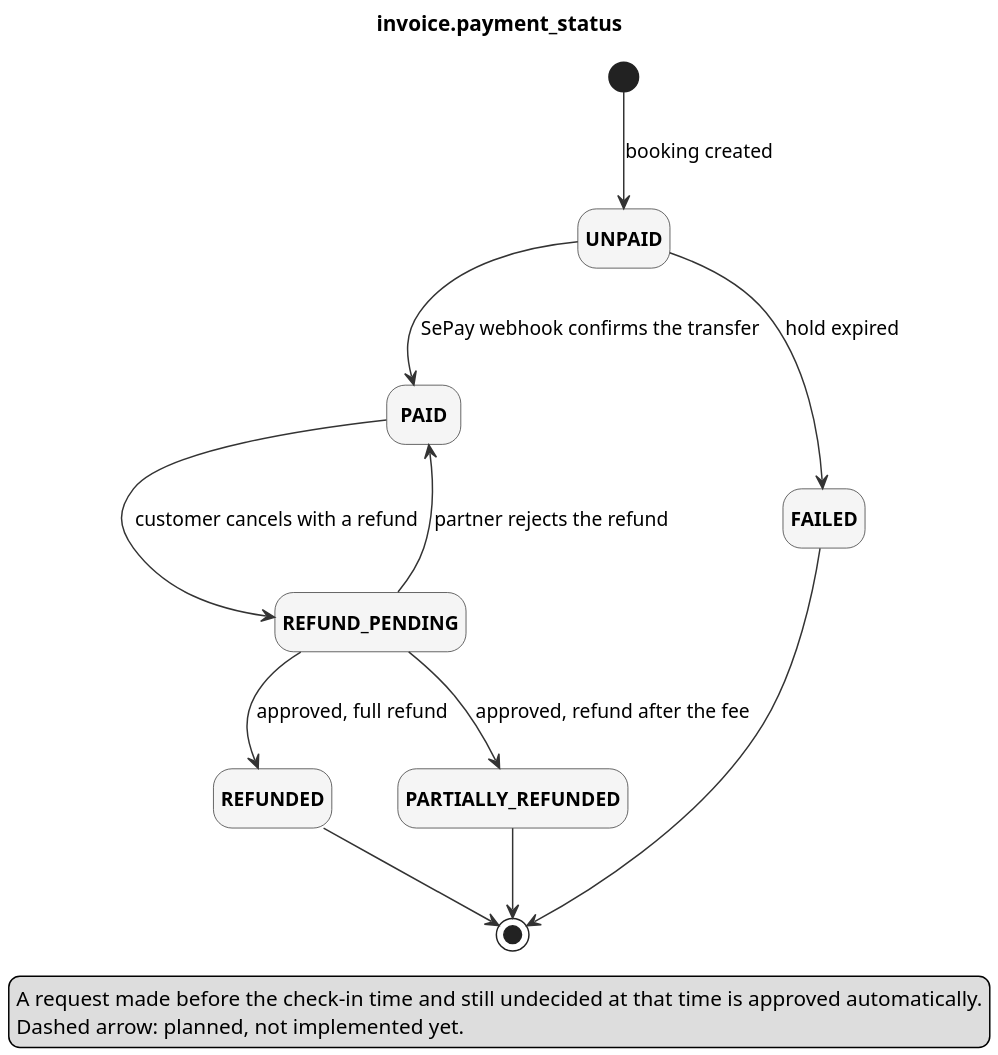
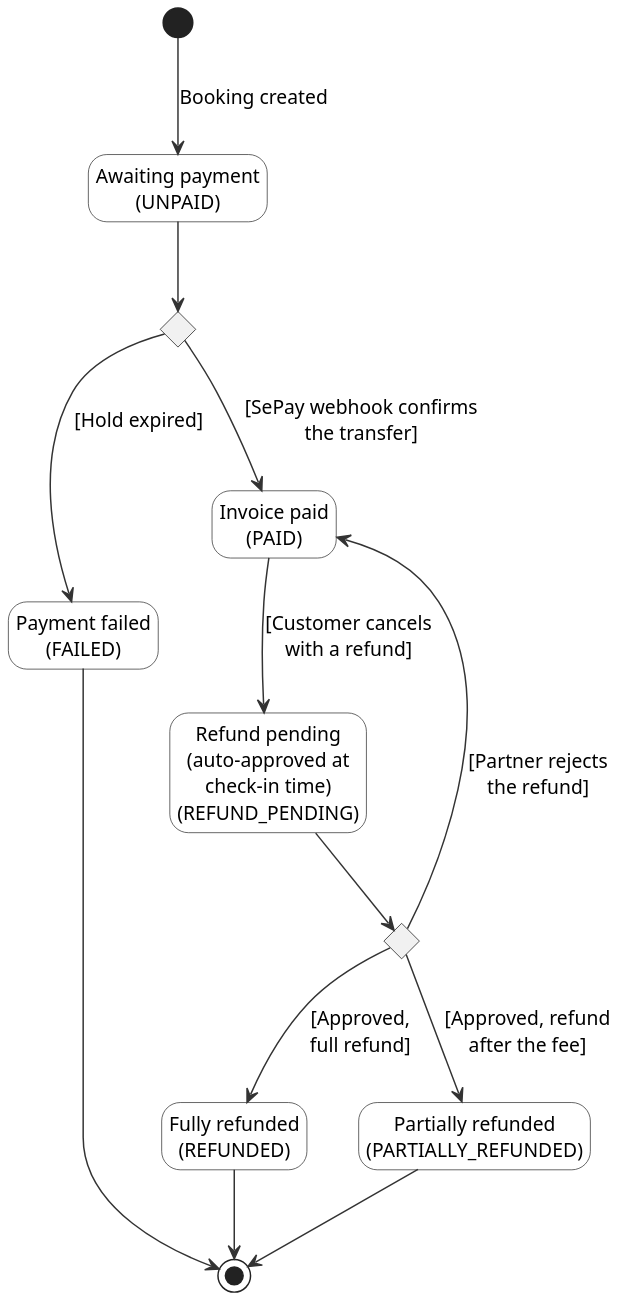
Before and after one commit to KnightChovy/stay-reco: the diagram in docs/diagrams/st_payment_en.puml, drawn with PlantUML. The commit also changed 18 other files, not shown here.

First line of the commit message:
docs: diagram sources match every Report 4 figure

```diff
--- a/docs/diagrams/st_payment_en.puml
+++ b/docs/diagrams/st_payment_en.puml
@@ -1,29 +1,33 @@
 @startuml
+' State machine of invoice.payment_status (Report 4, Figure 24). States show the label of the figure and the value stored in the code.
 skinparam dpi 180
 skinparam shadowing false
 skinparam defaultFontName Helvetica
 skinparam defaultFontSize 13
 skinparam state {
-  BackgroundColor #F5F5F5
+  BackgroundColor #FFFFFF
   BorderColor #333333
-  FontStyle bold
 }
 skinparam ArrowColor #333333
 hide empty description
-
-title invoice.payment_status
-[*] --> UNPAID : booking created
-UNPAID --> PAID : SePay webhook confirms the transfer
-UNPAID --> FAILED : hold expired
-PAID --> REFUND_PENDING : customer cancels with a refund
-REFUND_PENDING --> PAID : partner rejects the refund
-REFUND_PENDING --> REFUNDED : approved, full refund
-REFUND_PENDING --> PARTIALLY_REFUNDED : approved, refund after the fee
+state "Awaiting payment\n(UNPAID)" as UNPAID
+state "Payment failed\n(FAILED)" as FAILED
+state "Invoice paid\n(PAID)" as PAID
+state "Refund pending\n(auto-approved at\ncheck-in time)\n(REFUND_PENDING)" as REFUND_PENDING
+state "Fully refunded\n(REFUNDED)" as REFUNDED
+state "Partially refunded\n(PARTIALLY_REFUNDED)" as PARTIALLY_REFUNDED
+state paid <<choice>>
+state refund <<choice>>
+[*] --> UNPAID : Booking created
+UNPAID --> paid
+paid --> FAILED : [Hold expired]
+paid --> PAID : [SePay webhook confirms\nthe transfer]
+PAID --> REFUND_PENDING : [Customer cancels\nwith a refund]
+REFUND_PENDING --> refund
+refund --> PAID : [Partner rejects\nthe refund]
+refund --> REFUNDED : [Approved,\nfull refund]
+refund --> PARTIALLY_REFUNDED : [Approved, refund\nafter the fee]
 FAILED --> [*]
 REFUNDED --> [*]
 PARTIALLY_REFUNDED --> [*]
-legend bottom
-A request made before the check-in time and still undecided at that time is approved automatically.
-Dashed arrow: planned, not implemented yet.
-endlegend
 @enduml
```
